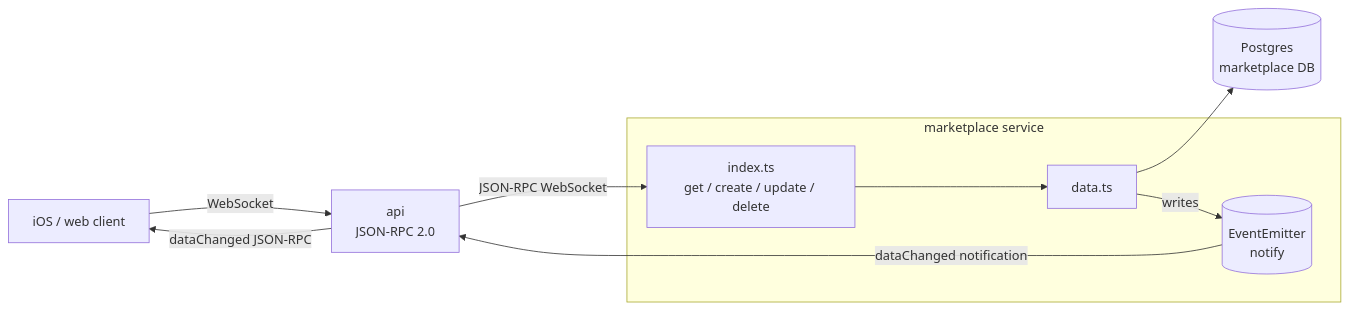
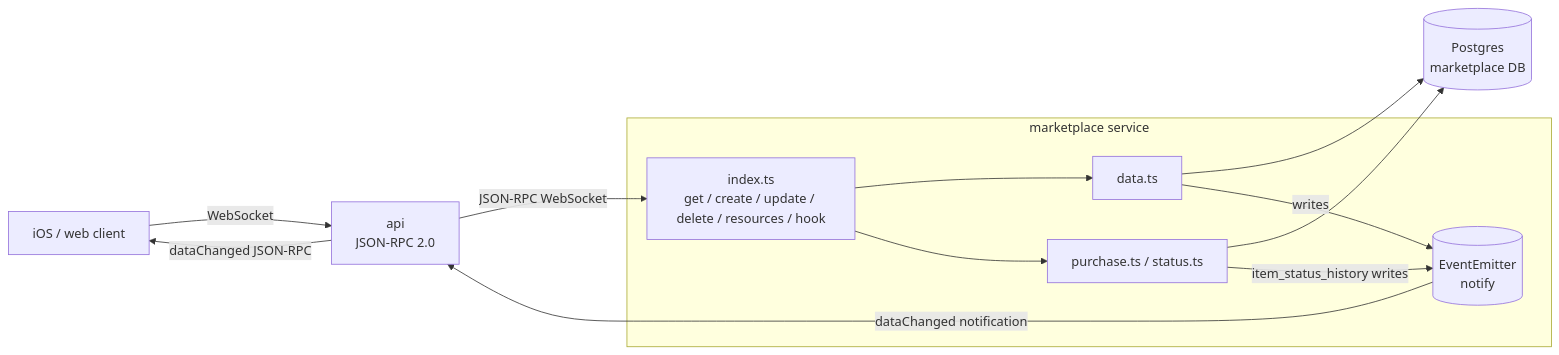
Before and after one commit to EVY-Platform/evy: the diagram in services/marketplace/README.md, drawn with Mermaid. The commit also changed 132 other files, not shown here.

First line of the commit message:
[FEAT] Stripe payments, service hooks, and purchase status machine (#248)

````diff
--- a/services/marketplace/README.md
+++ b/services/marketplace/README.md
@@ -7,21 +7,25 @@
 ```mermaid
 flowchart LR
     client[iOS / web client]
     api[api<br />JSON-RPC 2.0]
 
     subgraph marketplace [marketplace service]
-        rpc[index.ts<br />get / create / update / delete]
+        rpc[index.ts<br />get / create / update / delete / resources / hook]
         data[data.ts]
+        purchase[purchase.ts / status.ts]
         bus[(EventEmitter<br />notify)]
     end
 
     pg[(Postgres<br />marketplace DB)]
 
     client -- WebSocket --> api
     api -- JSON-RPC WebSocket --> rpc
     rpc --> data
+    rpc --> purchase
+    purchase --> pg
     data --> pg
     data -- writes --> bus
+    purchase -- item_status_history writes --> bus
     bus -- dataChanged notification --> api
     api -- dataChanged JSON-RPC --> client
 ```
````
